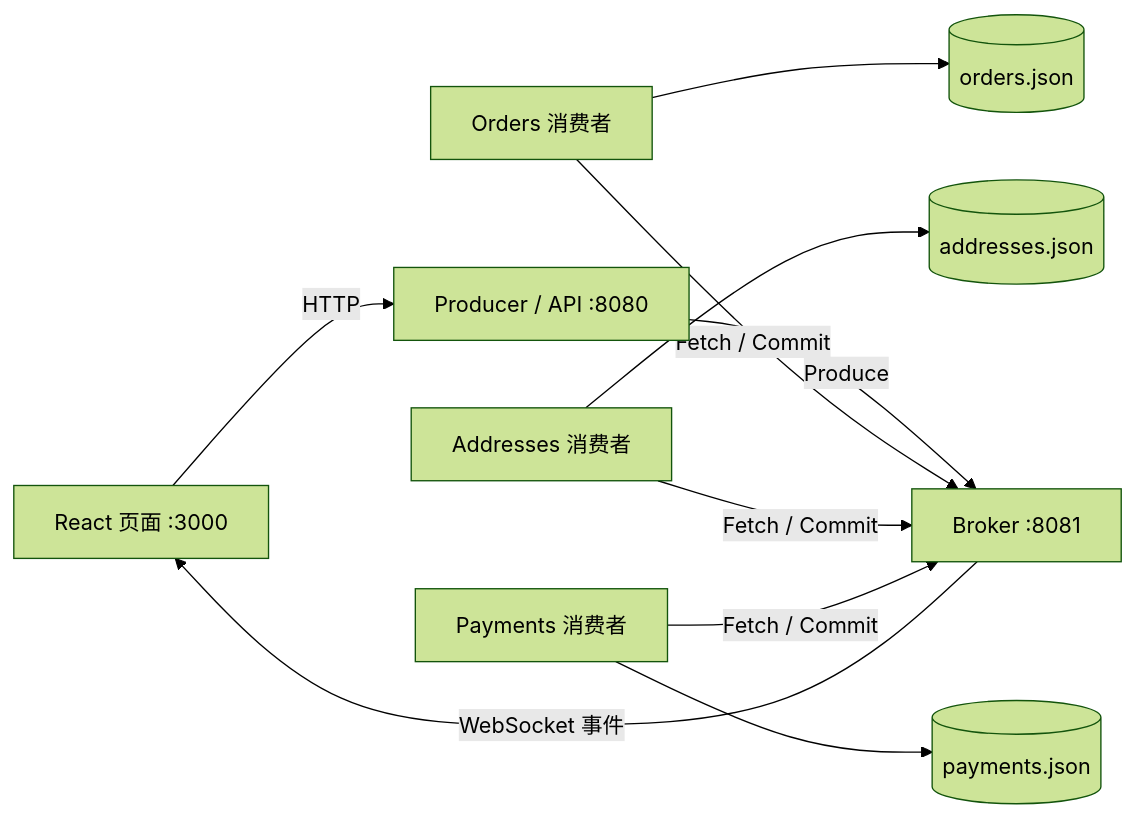
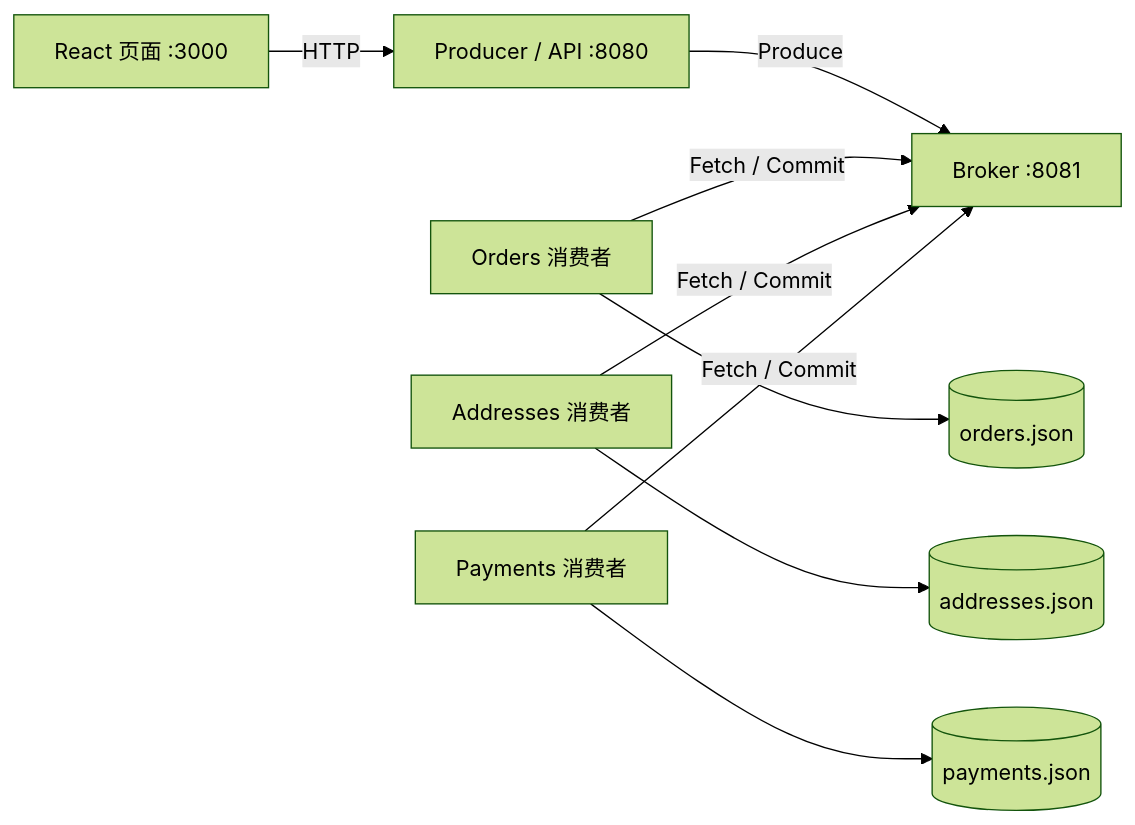
The diagram in README.md (huazhongxian0/myKafka), drawn with Mermaid (forest theme) before and after one commit.

Commit message:
docs: simplify architecture diagram by removing WebSocket edge

````diff
--- a/README.md
+++ b/README.md
@@ -18,12 +18,11 @@
 ```mermaid
 flowchart LR
     UI[React 页面 :3000] -->|HTTP| API[Producer / API :8080]
     API -->|Produce| Broker[Broker :8081]
-    Broker -->|WebSocket 事件| UI
     Orders[Orders 消费者] -->|Fetch / Commit| Broker
     Addresses[Addresses 消费者] -->|Fetch / Commit| Broker
     Payments[Payments 消费者] -->|Fetch / Commit| Broker
     Orders --> OD[(orders.json)]
     Addresses --> AD[(addresses.json)]
     Payments --> PD[(payments.json)]
 ```
````
